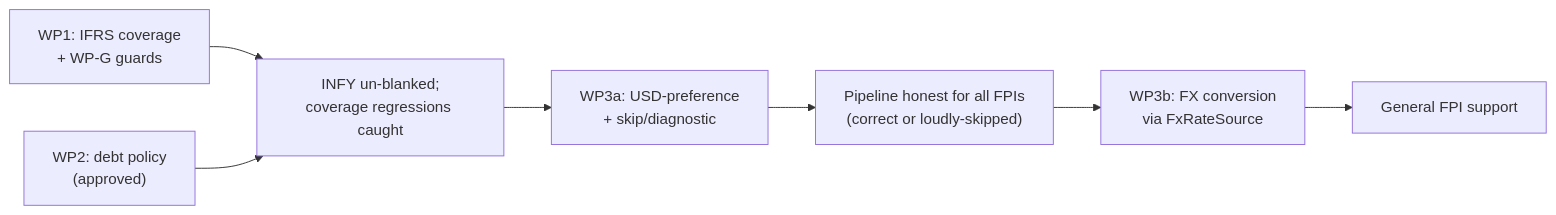
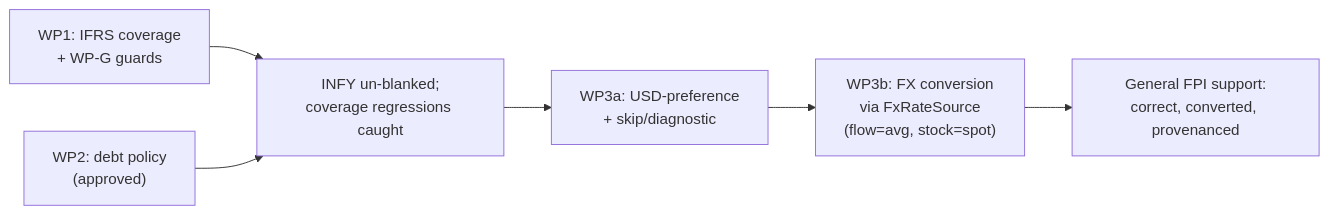
One commit to dhruva-vidhant/econ-project changed the diagram in docs/ifrs-currency-support-techspec.md. Above: the diagram before and after it, drawn with Mermaid. The commit also changed other lines of this file and 3 other files, not shown here.

First line of the commit message:
docs(ifrs-currency): bring WP3b in-scope; correct FX rate selection to IAS 21/ASC 830

````diff
--- a/docs/ifrs-currency-support-techspec.md
+++ b/docs/ifrs-currency-support-techspec.md
@@ -249,9 +273,8 @@
 ```mermaid
 flowchart LR
   WP1["WP1: IFRS coverage<br/>+ WP-G guards"] --> SHIP1["INFY un-blanked;<br/>coverage regressions caught"]
   WP2["WP2: debt policy<br/>(approved)"] --> SHIP1
   SHIP1 --> WP3a["WP3a: USD-preference<br/>+ skip/diagnostic"]
-  WP3a --> SHIP2["Pipeline honest for all FPIs<br/>(correct or loudly-skipped)"]
-  SHIP2 --> WP3b["WP3b: FX conversion<br/>via FxRateSource"]
-  WP3b --> SHIP3["General FPI support"]
+  WP3a --> WP3b["WP3b: FX conversion<br/>via FxRateSource<br/>(flow=avg, stock=spot)"]
+  WP3b --> SHIP2["General FPI support:<br/>correct, converted, provenanced"]
 ```
````
